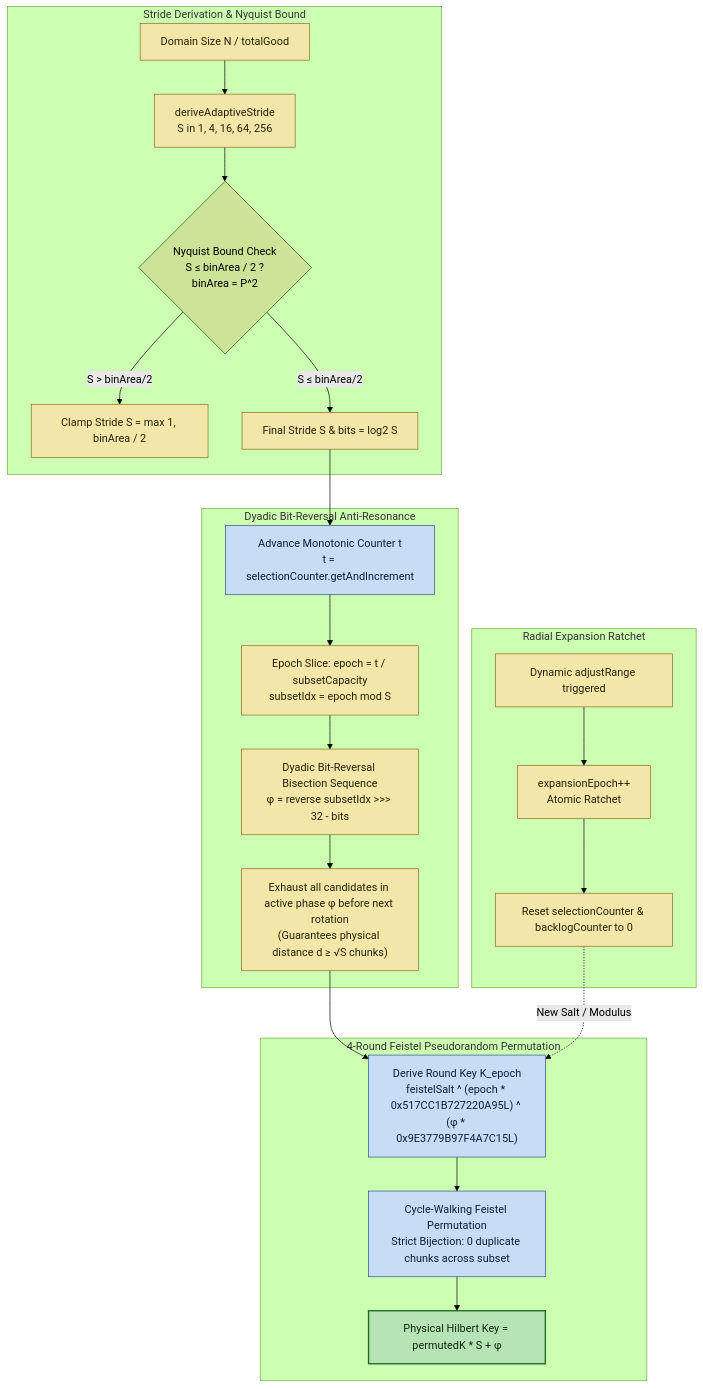
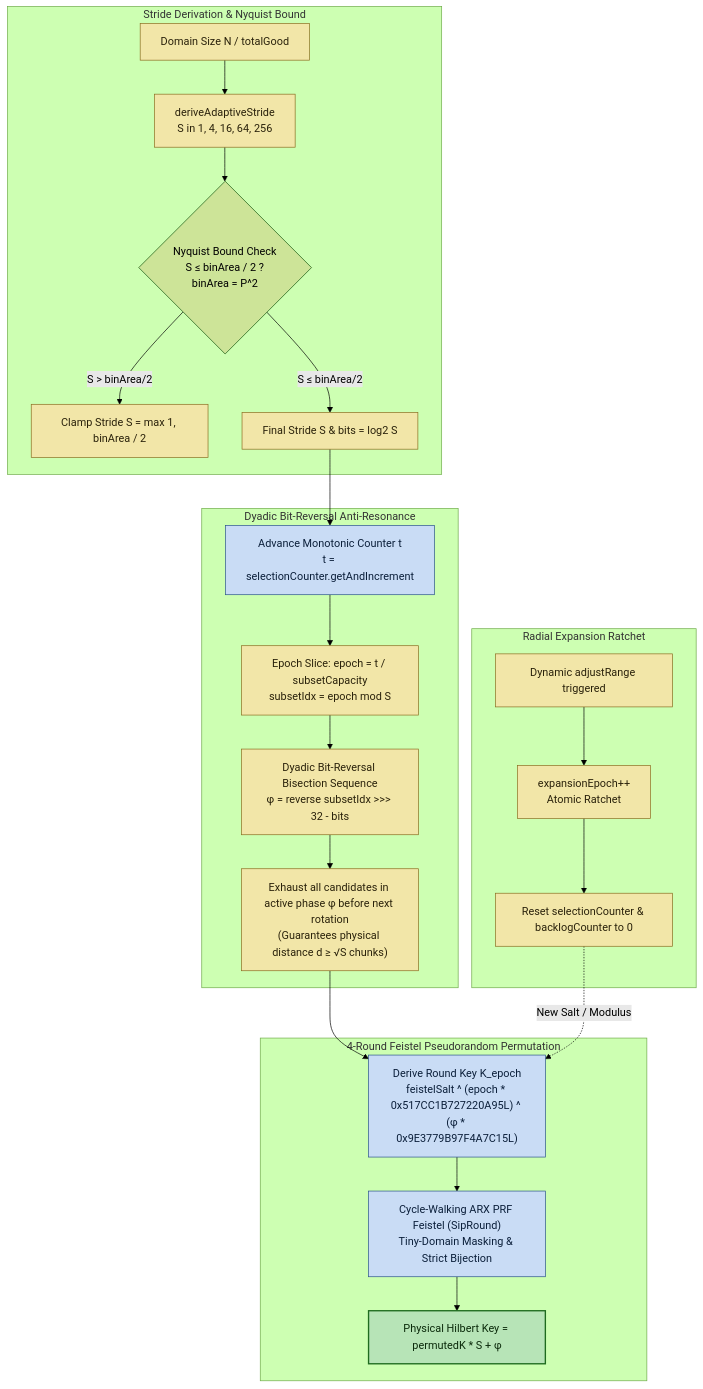
The fifth of 6 diagrams in docs/architecture/13-dual-layer-shape-architecture-and-l3-selection.md (DailyStruggle/RTP), drawn with Mermaid (forest theme) before and after one commit. The commit also changed 90 other files, not shown here.

````diff
--- a/docs/architecture/13-dual-layer-shape-architecture-and-l3-selection.md
+++ b/docs/architecture/13-dual-layer-shape-architecture-and-l3-selection.md
@@ -200,33 +200,33 @@
 ```mermaid
 %% Color legend: green=active phase candidate, blue=cryptographic mixing, yellow=phase progression, red=epoch transition
 flowchart TD
     subgraph StrideConfig [Stride Derivation & Nyquist Bound]
         InitDomain[Domain Size N / totalGood]:::data --> DeriveS[deriveAdaptiveStride<br/>S in 1, 4, 16, 64, 256]:::data
         DeriveS --> NyquistCheck{Nyquist Bound Check<br/>S &le; binArea / 2 ?<br/>binArea = P^2}
         NyquistCheck -- S > binArea/2 --> ClampS[Clamp Stride S = max 1, binArea / 2]:::data
         NyquistCheck -- S &le; binArea/2 --> ValidS[Final Stride S & bits = log2 S]:::data
     end
 
     subgraph PhaseProgression [Dyadic Bit-Reversal Anti-Resonance]
         ValidS --> AdvCounter[Advance Monotonic Counter t<br/>t = selectionCounter.getAndIncrement]:::async
         AdvCounter --> EpochSlice[Epoch Slice: epoch = t / subsetCapacity<br/>subsetIdx = epoch mod S]:::data
         EpochSlice --> BitRev[Dyadic Bit-Reversal Bisection Sequence<br/>&phi; = reverse subsetIdx >>> 32 - bits]:::data
         BitRev --> PhaseExhaustion["Exhaust all candidates in active phase &phi; before next rotation<br/>(Guarantees physical distance d &ge; &radic;S chunks)"]:::data
     end
 
     subgraph FeistelNetwork [4-Round Feistel Pseudorandom Permutation]
         PhaseExhaustion --> KeyDerive["Derive Round Key K_epoch<br/>feistelSalt ^ (epoch * 0x517CC1B727220A95L) ^ (&phi; * 0x9E3779B97F4A7C15L)"]:::async
-        KeyDerive --> Permute[Cycle-Walking Feistel Permutation<br/>Strict Bijection: 0 duplicate chunks across subset]:::async
+        KeyDerive --> Permute["Cycle-Walking ARX PRF Feistel (SipRound)<br/>Tiny-Domain Masking & Strict Bijection"]:::async
         Permute --> KeyCoord[Physical Hilbert Key = permutedK * S + &phi;]:::success
     end
 
     subgraph ExpansionRatchet [Radial Expansion Ratchet]
         AdjustRange[Dynamic adjustRange triggered]:::data --> IncEpoch[expansionEpoch++<br/>Atomic Ratchet]:::data
         IncEpoch --> ResetCounter[Reset selectionCounter & backlogCounter to 0]:::data
         ResetCounter -.New Salt / Modulus.-> KeyDerive
     end
 
     classDef success fill:#b7e4b7,stroke:#1f6b1f,stroke-width:2px,color:#0b2a0b;
     classDef async   fill:#c9dcf5,stroke:#28518a,stroke-width:1px,color:#0b1f3a;
     classDef data    fill:#f2e6a8,stroke:#8a6b1f,stroke-width:1px,color:#2a220b;
 ```
````
